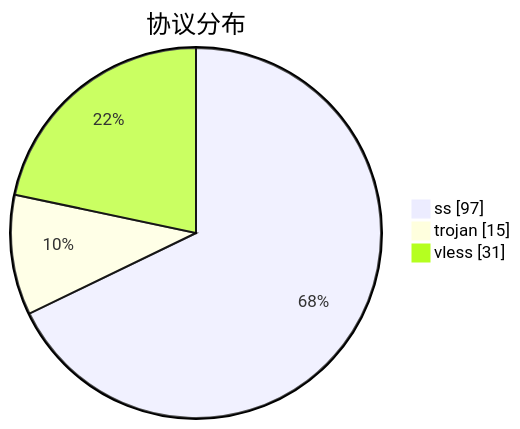
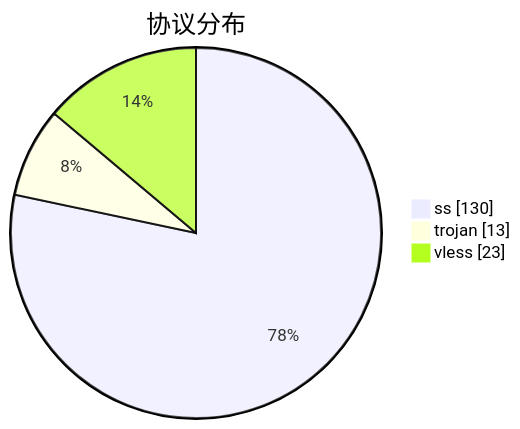
One commit to qjlxg/airport changed the third of 3 diagrams in subs/statistics/tested_within.md. Above: the diagram before and after it, drawn with Mermaid. The commit also changed other lines of this file and 2 other files, not shown here.

````diff
--- a/subs/statistics/tested_within.md
+++ b/subs/statistics/tested_within.md
@@ -31,7 +29,7 @@
 ```mermaid
 pie showData
 title 协议分布
-"ss" : 97
-"trojan" : 15
-"vless" : 31
+"ss" : 130
+"trojan" : 13
+"vless" : 23
 ```
````
